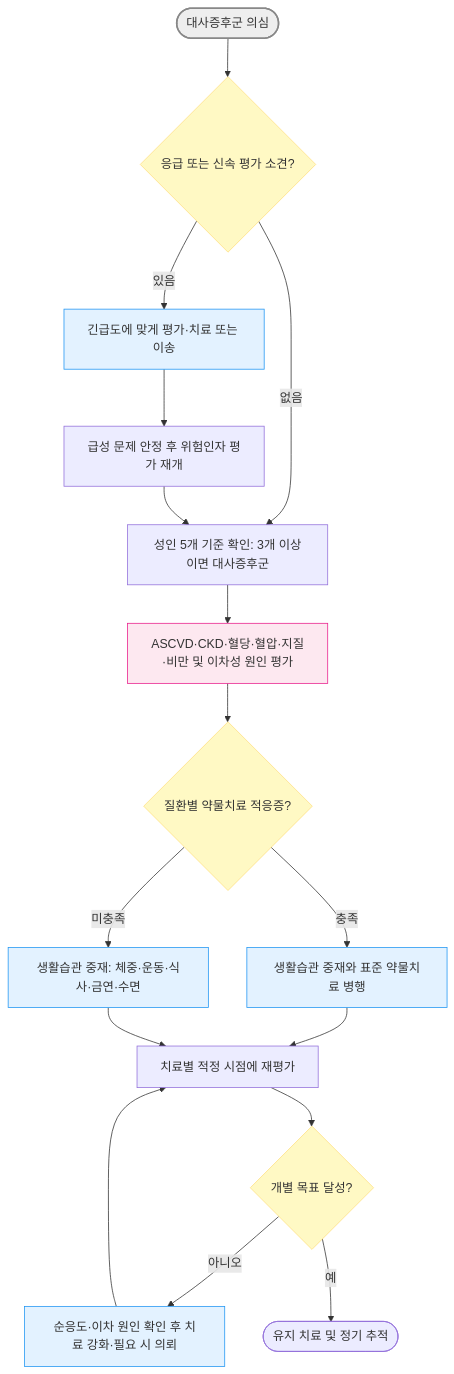
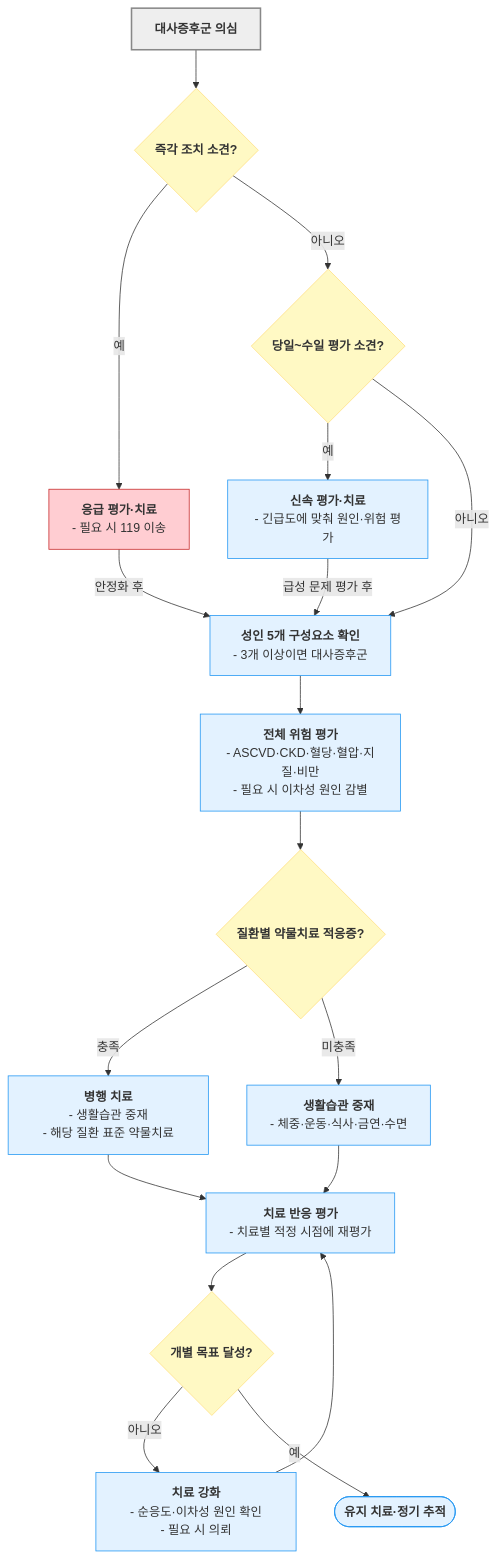
Before and after one commit to familyoh77/familyoh77: the diagram in 226_/104_-metabolic-syndrome.md, drawn with Mermaid. The commit also changed other lines of this file and 9 other files, not shown here.

````diff
--- a/226_/104_-metabolic-syndrome.md
+++ b/226_/104_-metabolic-syndrome.md
@@ -127,24 +127,37 @@
 ```mermaid
-graph TD
-    Start(["대사증후군 의심"]) --> Urgency{"응급 또는 신속 평가 소견?"}
-    Urgency -- "있음" --> Urgent["긴급도에 맞게 평가·치료 또는 이송"]
-    Urgency -- "없음" --> Criteria["성인 5개 기준 확인: 3개 이상이면 대사증후군"]
-    Urgent --> Stabilize["급성 문제 안정 후 위험인자 평가 재개"]
-    Stabilize --> Criteria
-    Criteria --> Risk["ASCVD·CKD·혈당·혈압·지질·비만 및 이차성 원인 평가"]
-    Risk --> Indication{"질환별 약물치료 적응증?"}
-    Indication -- "충족" --> Combined["생활습관 중재와 표준 약물치료 병행"]
-    Indication -- "미충족" --> Lifestyle["생활습관 중재: 체중·운동·식사·금연·수면"]
-    Combined --> Reassess["치료별 적정 시점에 재평가"]
+flowchart TD
+    Start["`**대사증후군 의심**`"] --> Urgency{"`**즉각 조치 소견?**`"}
+    Urgency -->|예| Emergency["`**응급 평가·치료**
+- 필요 시 119 이송`"]
+    Urgency -->|아니오| Quick{"`**당일~수일 평가 소견?**`"}
+    Quick -->|예| Urgent["`**신속 평가·치료**
+- 긴급도에 맞춰 원인·위험 평가`"]
+    Quick -->|아니오| Criteria["`**성인 5개 구성요소 확인**
+- 3개 이상이면 대사증후군`"]
+    Emergency -->|안정화 후| Criteria
+    Urgent -->|급성 문제 평가 후| Criteria
+    Criteria --> Risk["`**전체 위험 평가**
+- ASCVD·CKD·혈당·혈압·지질·비만
+- 필요 시 이차성 원인 감별`"]
+    Risk --> Indication{"`**질환별 약물치료 적응증?**`"}
+    Indication -->|충족| Combined["`**병행 치료**
+- 생활습관 중재
+- 해당 질환 표준 약물치료`"]
+    Indication -->|미충족| Lifestyle["`**생활습관 중재**
+- 체중·운동·식사·금연·수면`"]
+    Combined --> Reassess["`**치료 반응 평가**
+- 치료별 적정 시점에 재평가`"]
     Lifestyle --> Reassess
-    Reassess --> Goal{"개별 목표 달성?"}
-    Goal -- "아니오" --> Intensify["순응도·이차 원인 확인 후 치료 강화·필요 시 의뢰"]
+    Reassess --> Goal{"`**개별 목표 달성?**`"}
+    Goal -->|아니오| Intensify["`**치료 강화**
+- 순응도·이차성 원인 확인
+- 필요 시 의뢰`"]
     Intensify --> Reassess
-    Goal -- "예" --> Maintain(["유지 치료 및 정기 추적"])
+    Goal -->|예| Maintain(["`**유지 치료·정기 추적**`"])
     style Start fill:#eeeeee,stroke:#888888,stroke-width:2px
-    classDef yellow fill:#fff9c4,stroke:#ffe082
-    class Urgency,Indication,Goal yellow
-    classDef sky fill:#e3f2ff,stroke:#2196f3
-    class Urgent,Combined,Lifestyle,Intensify sky
-    style Risk fill:#fde8f0,stroke:#e91e8c
+    classDef question fill:#fff9c4,stroke:#ffe082
+    class Urgency,Quick,Indication,Goal question
+    style Emergency fill:#ffcdd2,stroke:#c62828
+    classDef treatment fill:#e3f2ff,stroke:#2196f3
+    class Urgent,Criteria,Risk,Combined,Lifestyle,Reassess,Intensify,Maintain treatment
 ```
````
